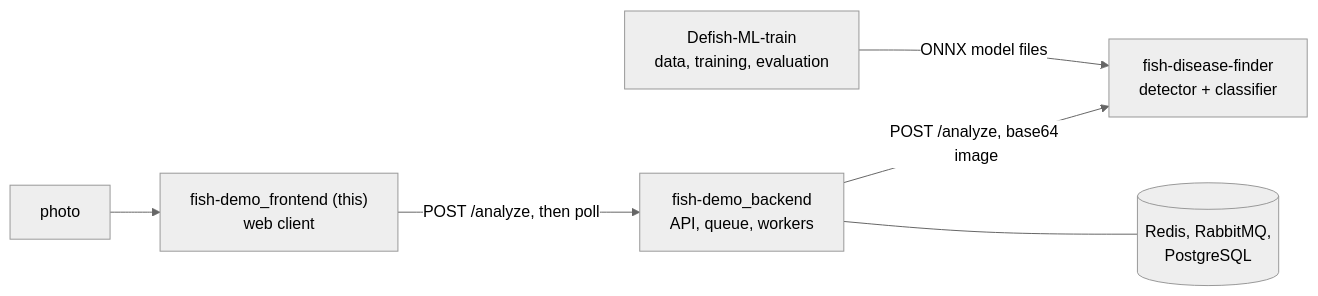
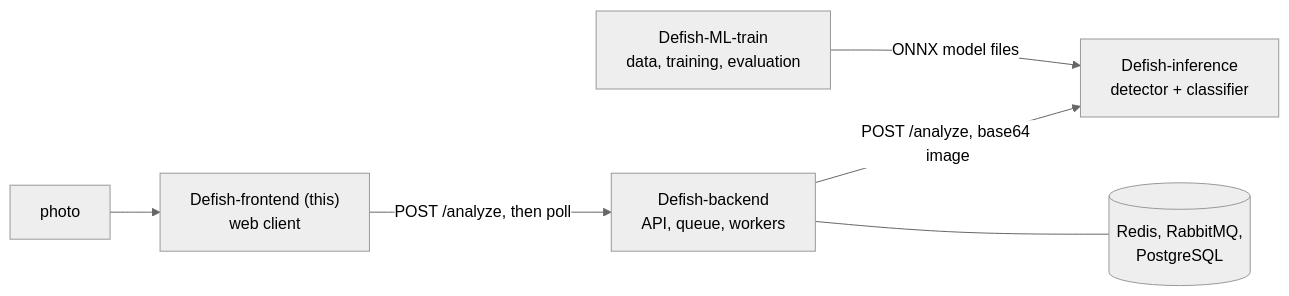
One commit to katzer-lab/Defish-Frontend changed the second of 2 diagrams in README.md. Above: the diagram before and after it, drawn with Mermaid (neutral theme). The commit also changed other lines of this file and 9 other files, not shown here.

````diff
--- a/README.md
+++ b/README.md
@@ -263,8 +263,8 @@
 ```mermaid
 flowchart LR
-  U[photo] --> F["fish-demo_frontend (this)<br/>web client"]
-  F -- "POST /analyze, then poll" --> B[fish-demo_backend<br/>API, queue, workers]
-  B -- "POST /analyze, base64 image" --> I[fish-disease-finder<br/>detector + classifier]
+  U[photo] --> F["Defish-frontend (this)<br/>web client"]
+  F -- "POST /analyze, then poll" --> B[Defish-backend<br/>API, queue, workers]
+  B -- "POST /analyze, base64 image" --> I[Defish-inference<br/>detector + classifier]
   B --- S[(Redis, RabbitMQ,<br/>PostgreSQL)]
   M[Defish-ML-train<br/>data, training, evaluation] -- "ONNX model files" --> I
 ```
````
